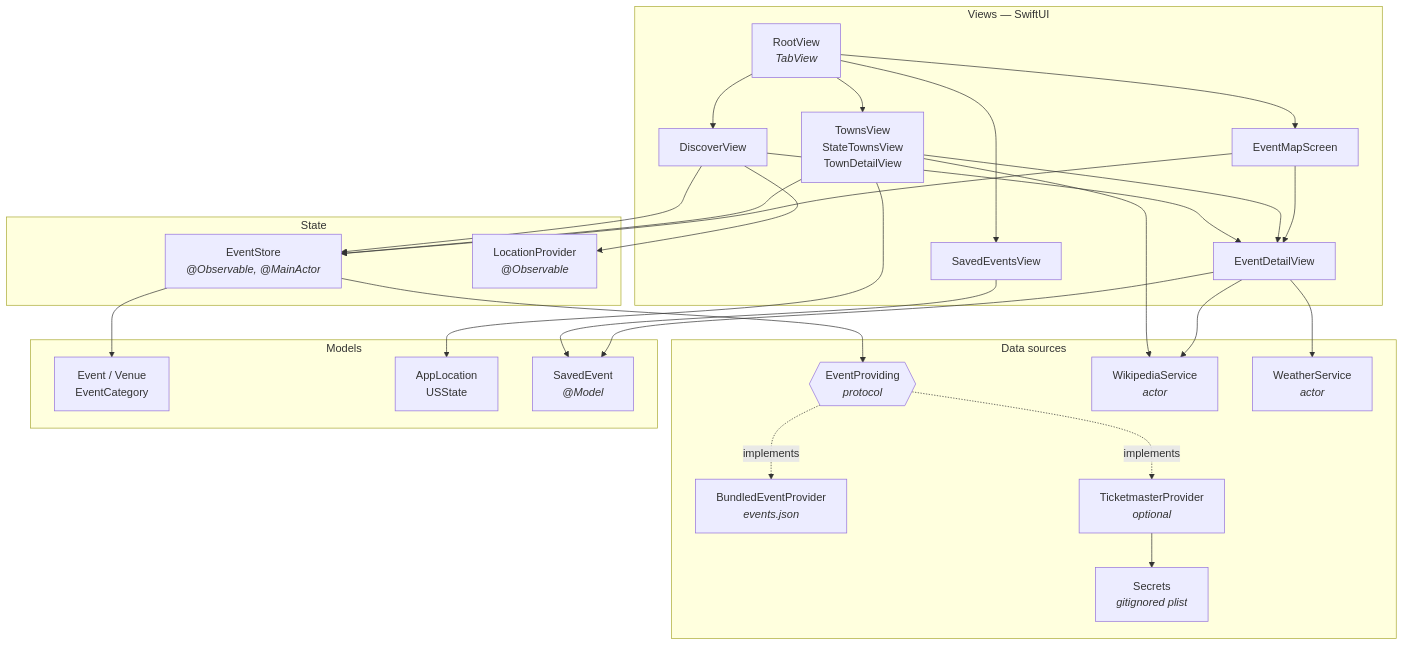
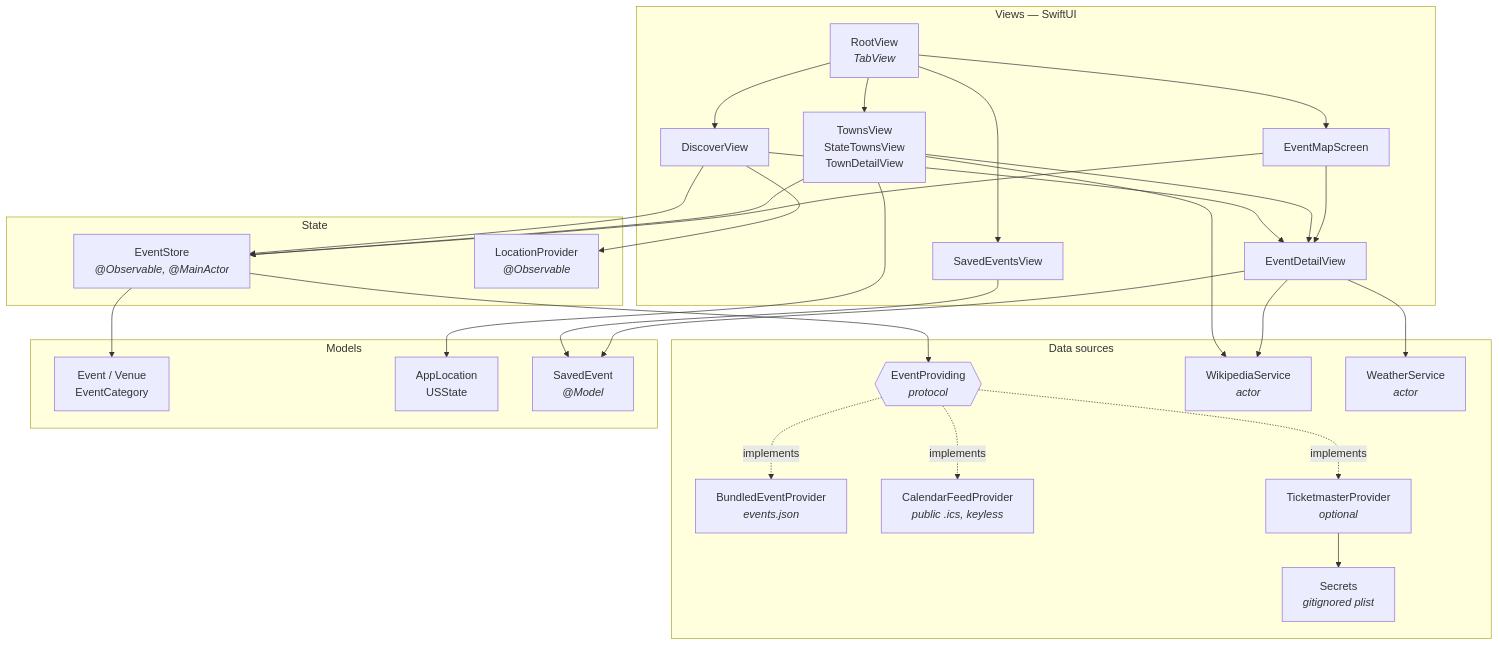
The first of 6 diagrams in ARCHITECTURE.md (Kevin-Edwards57/VT2NH---Final-Capstone), drawn with Mermaid before and after one commit. The commit also changed other lines of this file and 4 other files, not shown here.

First line of the commit message:
Widen calendar-feed coverage and add Shelburne

````diff
--- a/ARCHITECTURE.md
+++ b/ARCHITECTURE.md
@@ -15,46 +15,47 @@
 ```mermaid
 flowchart TB
     subgraph V["Views — SwiftUI"]
         Root["RootView<br/><i>TabView</i>"]
         Disc["DiscoverView"]
         Towns["TownsView<br/>StateTownsView<br/>TownDetailView"]
         MapS["EventMapScreen"]
         Saved["SavedEventsView"]
         Detail["EventDetailView"]
     end
 
     subgraph S["State"]
         Store["EventStore<br/><i>@Observable, @MainActor</i>"]
         Loc["LocationProvider<br/><i>@Observable</i>"]
     end
 
     subgraph D["Data sources"]
         Proto{{"EventProviding<br/><i>protocol</i>"}}
         Bundled["BundledEventProvider<br/><i>events.json</i>"]
+        Cal["CalendarFeedProvider<br/><i>public .ics, keyless</i>"]
         TM["TicketmasterProvider<br/><i>optional</i>"]
         Wiki["WikipediaService<br/><i>actor</i>"]
         Weather["WeatherService<br/><i>actor</i>"]
         Secrets["Secrets<br/><i>gitignored plist</i>"]
     end
 
     subgraph M["Models"]
         Event["Event / Venue<br/>EventCategory"]
         AppLoc["AppLocation<br/>USState"]
         SavedM["SavedEvent<br/><i>@Model</i>"]
     end
 
     Root --> Disc & Towns & MapS & Saved
     Disc & Towns & MapS --> Detail
     Disc & Towns & MapS --> Store
     Disc --> Loc
     Store --> Proto
-    Proto -.implements.-> Bundled & TM
+    Proto -.implements.-> Bundled & Cal & TM
     TM --> Secrets
     Detail --> Weather
     Towns --> Wiki
     Detail --> Wiki
     Store --> Event
     Towns --> AppLoc
     Saved --> SavedM
     Detail --> SavedM
 ```
````
